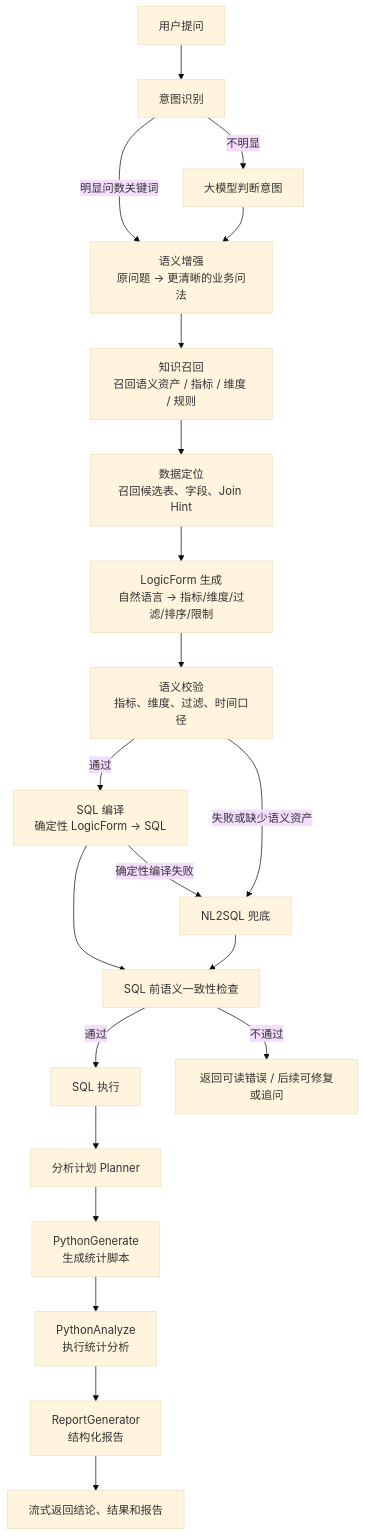
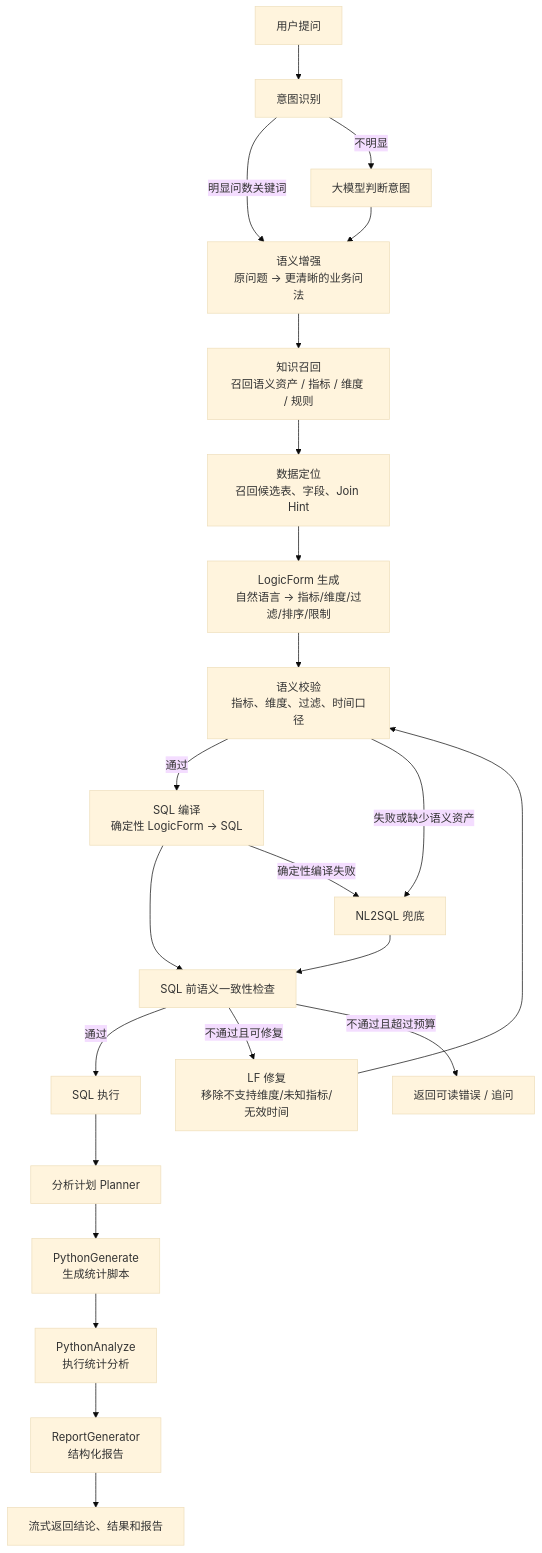
One commit to TtonyLiang/data-agent changed the third of 7 diagrams in docs/project-design.md. Above: the diagram before and after it, drawn with Mermaid (base theme). The commit also changed other lines of this file and 64 other files, not shown here.

````diff
--- a/docs/project-design.md
+++ b/docs/project-design.md
@@ -82,29 +83,31 @@
 ```mermaid
 flowchart TD
   A["用户提问"] --> B["意图识别"]
 
   B -->|明显问数关键词| B2["语义增强<br/>原问题 -> 更清晰的业务问法"]
   B -->|不明显| B1["大模型判断意图"]
   B1 --> B2
 
   B2 --> C["知识召回<br/>召回语义资产 / 指标 / 维度 / 规则"]
   C --> D["数据定位<br/>召回候选表、字段、Join Hint"]
   D --> E["LogicForm 生成<br/>自然语言 -> 指标/维度/过滤/排序/限制"]
 
   E --> F["语义校验<br/>指标、维度、过滤、时间口径"]
   F -->|通过| G["SQL 编译<br/>确定性 LogicForm -> SQL"]
   G --> H["SQL 前语义一致性检查"]
 
   F -->|失败或缺少语义资产| X["NL2SQL 兜底"]
   G -->|确定性编译失败| X
   X --> H
 
   H -->|通过| I["SQL 执行"]
-  H -->|不通过| R["返回可读错误 / 后续可修复或追问"]
+  H -->|不通过且可修复| R1["LF 修复<br/>移除不支持维度/未知指标/无效时间"]
+  H -->|不通过且超过预算| R["返回可读错误 / 追问"]
+  R1 --> F
 
   I --> J["分析计划 Planner"]
   J --> K["PythonGenerate<br/>生成统计脚本"]
   K --> L["PythonAnalyze<br/>执行统计分析"]
   L --> M["ReportGenerator<br/>结构化报告"]
   M --> N["流式返回结论、结果和报告"]
 ```
````
